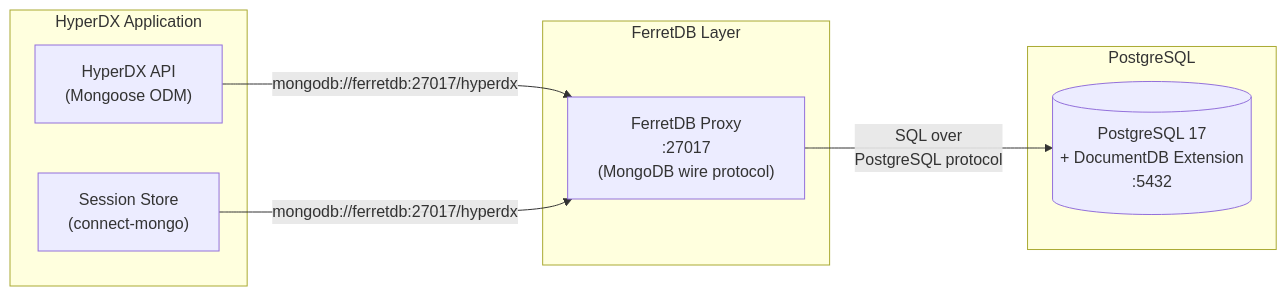
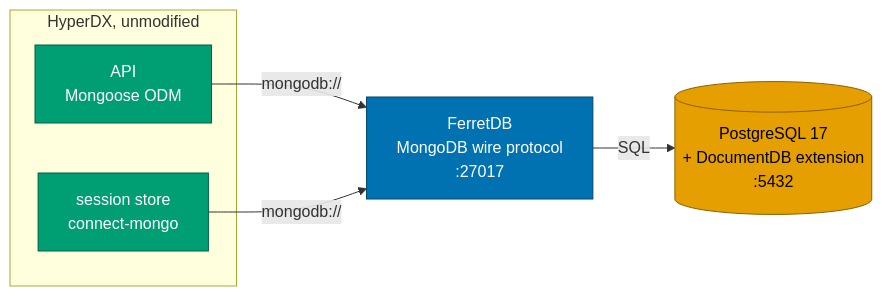
The first of 2 diagrams in docs/architecture/deployment.md (hyperi-io/dfe-hyperdx), drawn with Mermaid before and after one commit. The commit also changed other lines of this file and 6 other files, not shown here.

First line of the commit message:
docs: rewrite the architecture pages against the code

````diff
--- a/docs/architecture/deployment.md
+++ b/docs/architecture/deployment.md
@@ -31,19 +14,21 @@
 ```mermaid
 flowchart LR
-    subgraph HyperDX_Application["HyperDX Application"]
-        API["HyperDX API<br/>(Mongoose ODM)"]
-        SESS["Session Store<br/>(connect-mongo)"]
+    subgraph app["HyperDX, unmodified"]
+        API["API<br/>Mongoose ODM"]
+        SESS["session store<br/>connect-mongo"]
     end
 
-    subgraph FerretDB_Layer["FerretDB Layer"]
-        FERRET["FerretDB Proxy<br/>:27017<br/>(MongoDB wire protocol)"]
-    end
+    FERRET["FerretDB<br/>MongoDB wire protocol<br/>:27017"]
+    PG[(PostgreSQL 17<br/>+ DocumentDB extension<br/>:5432)]
 
-    subgraph PostgreSQL["PostgreSQL"]
-        PG[(PostgreSQL 17<br/>+ DocumentDB Extension<br/>:5432)]
-    end
+    API -->|mongodb://| FERRET
+    SESS -->|mongodb://| FERRET
+    FERRET -->|SQL| PG
 
-    API -->|mongodb://ferretdb:27017/hyperdx| FERRET
-    SESS -->|mongodb://ferretdb:27017/hyperdx| FERRET
-    FERRET -->|SQL over<br/>PostgreSQL protocol| PG
+    classDef upstream fill:#009E73,stroke:#005f45,color:#ffffff
+    classDef ours fill:#0072B2,stroke:#00456b,color:#ffffff
+    classDef store fill:#E69F00,stroke:#8a6100,color:#000000
+    class API,SESS upstream
+    class FERRET ours
+    class PG store
 ```
````
